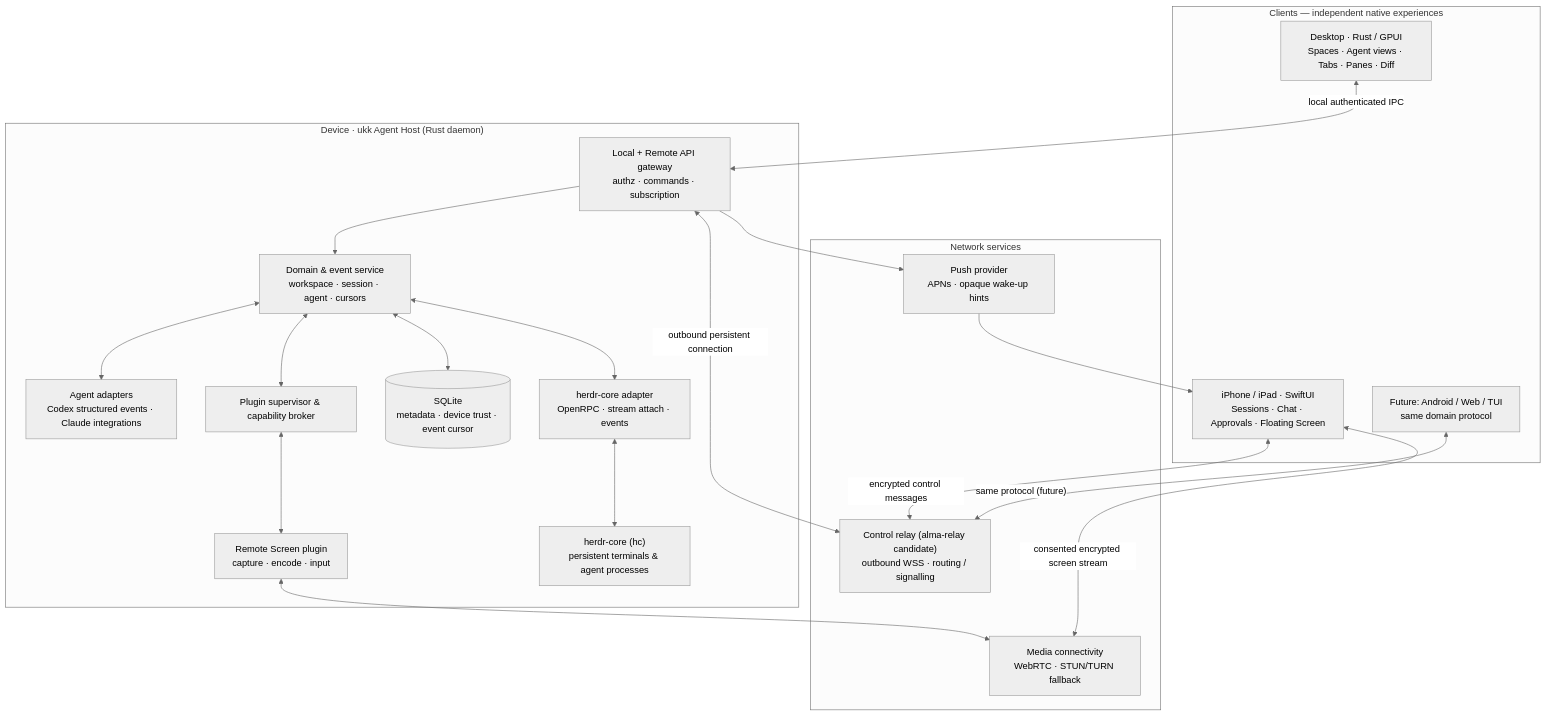
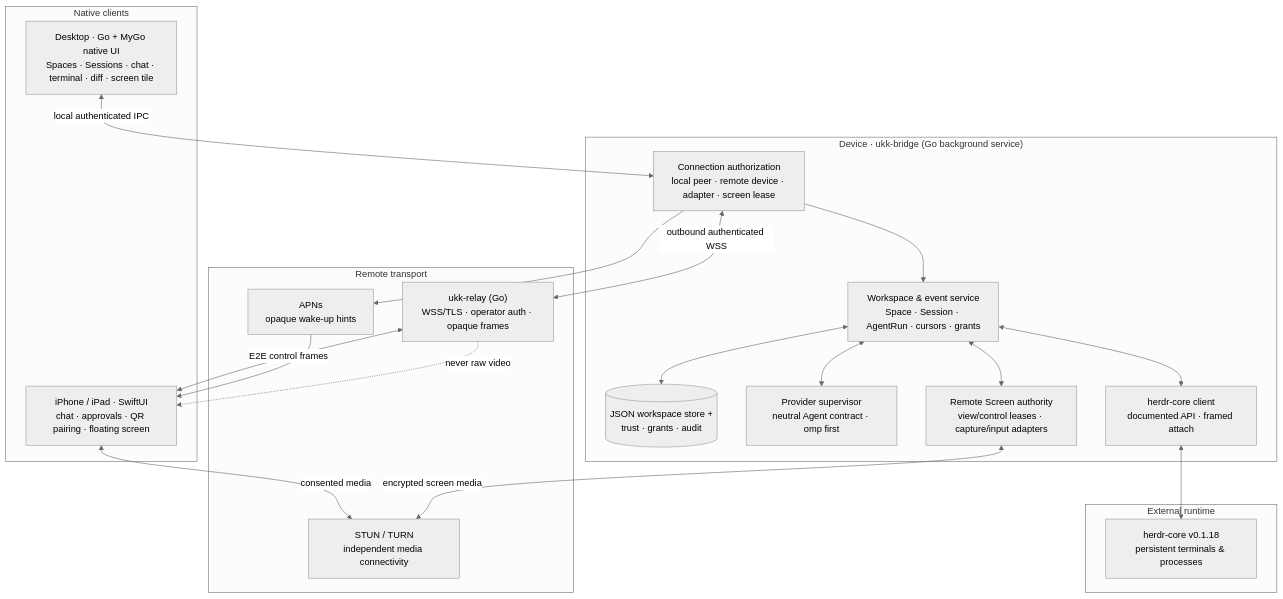
The diagram in docs/tech-design.md (suj1e/ukk), drawn with Mermaid (neutral theme) before and after one commit. The commit also changed other lines of this file and 481 other files, not shown here.

First line of the commit message:
feat: native Go/MyGo desktop with herdr-core, relay and SwiftUI companion (#58)

````diff
--- a/docs/tech-design.md
+++ b/docs/tech-design.md
@@ -11,41 +20,41 @@
 ```mermaid
 flowchart TB
-  subgraph Clients["Clients — independent native experiences"]
-    D["Desktop · Rust / GPUI<br/>Spaces · Agent views · Tabs · Panes · Diff"]
-    I["iPhone / iPad · SwiftUI<br/>Sessions · Chat · Approvals · Floating Screen"]
-    T["Future: Android / Web / TUI<br/>same domain protocol"]
+  subgraph Clients["Native clients"]
+    D["Desktop · Go + MyGo native UI<br/>Spaces · Sessions · chat · terminal · diff · screen tile"]
+    I["iPhone / iPad · SwiftUI<br/>chat · approvals · QR pairing · floating screen"]
   end
 
-  subgraph Host["Device · ukk Agent Host (Rust daemon)"]
-    API["Local + Remote API gateway<br/>authz · commands · subscription"]
-    MODEL["Domain & event service<br/>workspace · session · agent · cursors"]
-    ADAPTER["Agent adapters<br/>Codex structured events · Claude integrations"]
-    PLUG["Plugin supervisor & capability broker"]
-    STORE[("SQLite<br/>metadata · device trust · event cursor")]
-    SCREEN["Remote Screen plugin<br/>capture · encode · input"]
-    HC["herdr-core adapter<br/>OpenRPC · stream attach · events"]
-    CORE["herdr-core (hc)<br/>persistent terminals & agent processes"]
-    API --> MODEL
+  subgraph Local["Device · ukk-bridge (Go background service)"]
+    AUTH["Connection authorization<br/>local peer · remote device · adapter · screen lease"]
+    MODEL["Workspace & event service<br/>Space · Session · AgentRun · cursors · grants"]
+    STORE[("JSON workspace store +<br/>trust · grants · audit")]
+    PROV["Provider supervisor<br/>neutral Agent contract · omp first"]
+    HC["herdr-core client<br/>documented API · framed attach"]
+    SCR["Remote Screen authority<br/>view/control leases · capture/input adapters"]
+    AUTH --> MODEL
     MODEL <--> STORE
-    MODEL <--> ADAPTER
-    MODEL <--> PLUG
+    MODEL <--> PROV
     MODEL <--> HC
-    HC <--> CORE
-    PLUG <--> SCREEN
+    MODEL <--> SCR
   end
 
-  subgraph Network["Network services"]
-    RELAY["Control relay (alma-relay candidate)<br/>outbound WSS · routing / signalling"]
-    MEDIA["Media connectivity<br/>WebRTC · STUN/TURN fallback"]
-    PUSH["Push provider<br/>APNs · opaque wake-up hints"]
+  subgraph Runtime["External runtime"]
+    CORE["herdr-core v0.1.18<br/>persistent terminals & processes"]
   end
 
-  D <--> |"local authenticated IPC"| API
-  I <--> |"encrypted control messages"| RELAY
-  T <--> |"same protocol (future)"| RELAY
-  API <--> |"outbound persistent connection"| RELAY
-  SCREEN <--> MEDIA
-  I <--> |"consented encrypted screen stream"| MEDIA
-  API --> PUSH
+  subgraph Network["Remote transport"]
+    RELAY["ukk-relay (Go)<br/>WSS/TLS · operator auth · opaque frames"]
+    MEDIA["STUN / TURN<br/>independent media connectivity"]
+    PUSH["APNs<br/>opaque wake-up hints"]
+  end
+
+  D <--> |"local authenticated IPC"| AUTH
+  I <--> |"E2E control frames"| RELAY
+  AUTH <--> |"outbound authenticated WSS"| RELAY
+  RELAY -.-> |"never raw video"| I
+  SCR <--> |"encrypted screen media"| MEDIA
+  I <--> |"consented media"| MEDIA
+  HC <--> CORE
+  AUTH --> PUSH
   PUSH --> I
 ```
````
